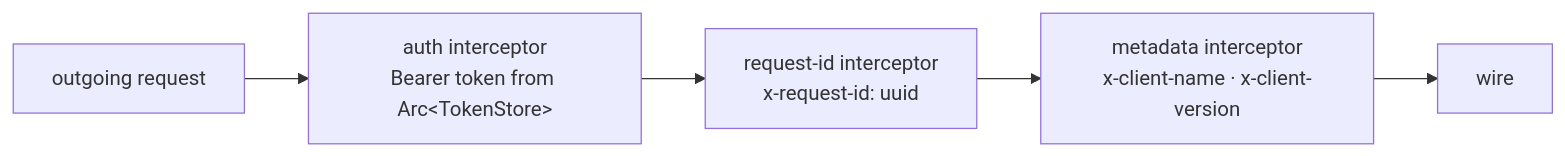
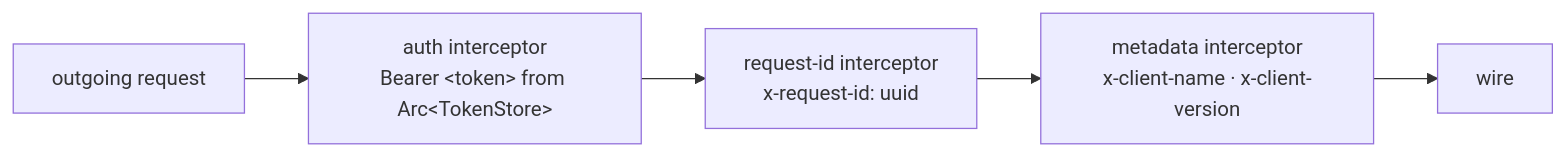
One commit to adrianrusu16/Media-App changed the third of 5 diagrams in rust/engine/README.md. Above: the diagram before and after it, drawn with Mermaid. The commit also changed 11 other files, not shown here.

````diff
--- a/rust/engine/README.md
+++ b/rust/engine/README.md
@@ -226,8 +226,8 @@
 ```mermaid
 flowchart LR
     REQ[outgoing request]
-    --> AUTH[auth interceptor\nBearer token from Arc&lt;TokenStore&gt;]
+    --> AUTH[auth interceptor\nBearer &lt;token&gt; from Arc&lt;TokenStore&gt;]
     --> RID[request-id interceptor\nx-request-id: uuid]
     --> META[metadata interceptor\nx-client-name · x-client-version]
     --> WIRE[wire]
 ```
````
